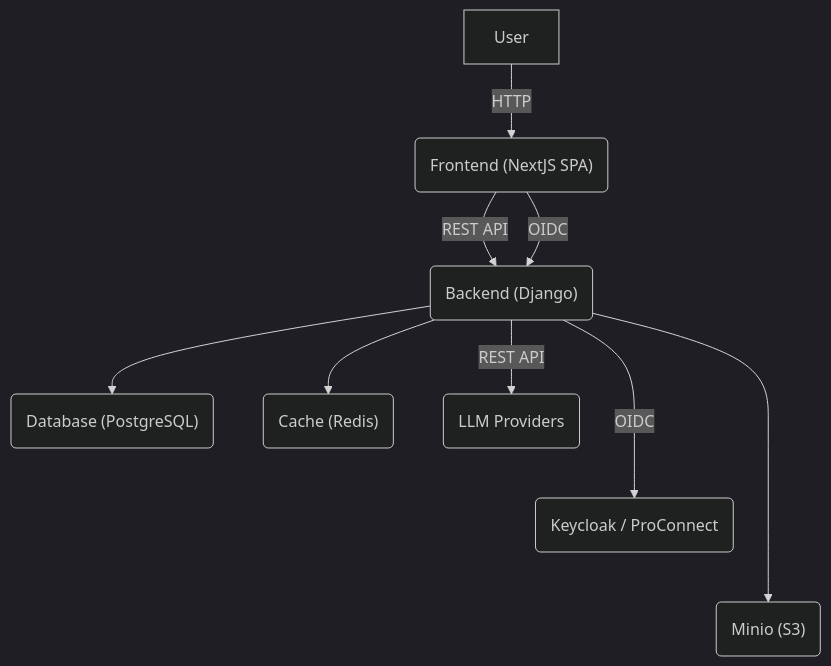
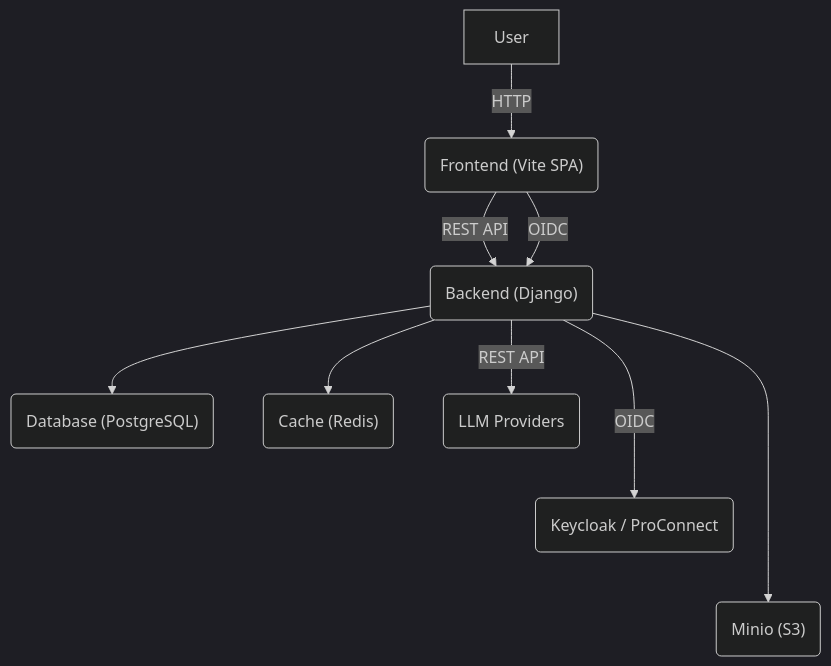
The diagram in docs/architecture.md (suitenumerique/conversations), drawn with Mermaid (dark theme) before and after one commit. The commit also changed 129 other files, not shown here.

Commit message:
🏗️(front) migrate the frontend from Next.js to Vite and React Router

````diff
--- a/docs/architecture.md
+++ b/docs/architecture.md
@@ -5,10 +5,10 @@
 ```mermaid
 flowchart TD
-    User -- HTTP --> Front("Frontend (NextJS SPA)")
+    User -- HTTP --> Front("Frontend (Vite SPA)")
     Front -- REST API --> Back("Backend (Django)")
     Front -- OIDC --> Back -- OIDC ---> OIDC("Keycloak / ProConnect")
     Back --> DB("Database (PostgreSQL)")
     Back --> Cache("Cache (Redis)")
     Back ----> S3("Minio (S3)")
     Back -- REST API --> LLM("LLM Providers")
 ```
````
